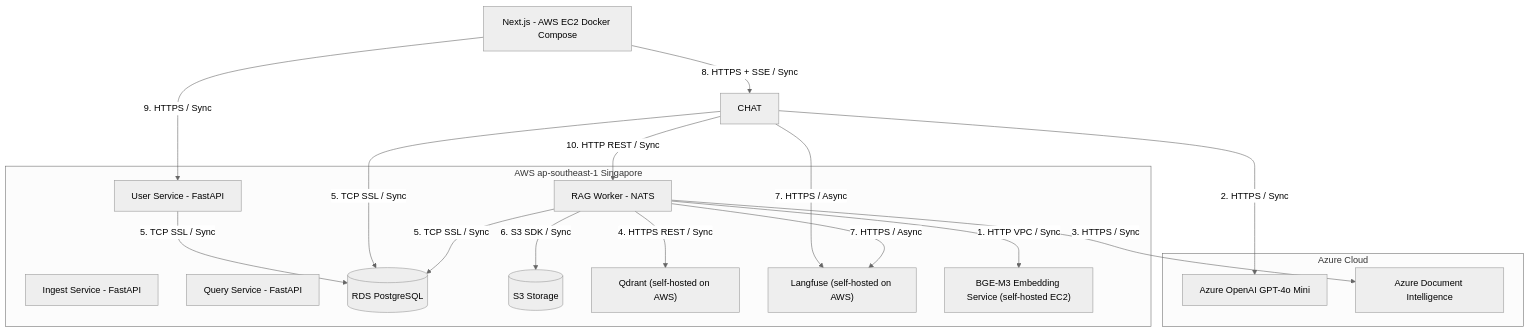
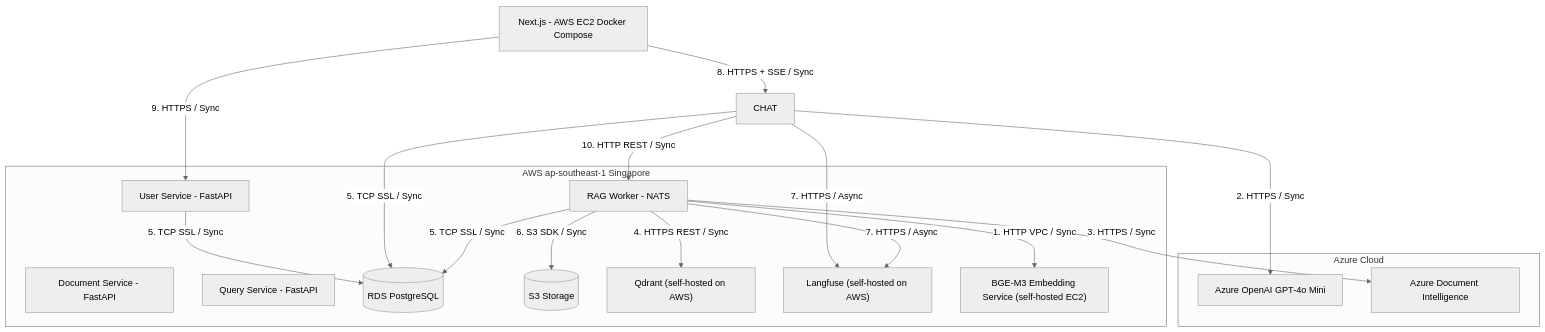
One commit to cds0987/DA08-VSF-AI changed the fourth of 6 diagrams in docs/SA_RAG_Chatbot_Final.md. Above: the diagram before and after it, drawn with Mermaid (neutral theme). The commit also changed other lines of this file and 5 other files, not shown here.

````diff
--- a/docs/SA_RAG_Chatbot_Final.md
+++ b/docs/SA_RAG_Chatbot_Final.md
@@ -408,35 +412,35 @@
 ```mermaid
 flowchart TB
     NEXTJS[Next.js - AWS EC2 Docker Compose]
 
     subgraph AWS[AWS ap-southeast-1 Singapore]
         USVC[User Service - FastAPI]
-        INGEST[Ingest Service - FastAPI]
+        INGEST[Document Service - FastAPI]
         QUERY[Query Service - FastAPI]
         RAG[RAG Worker - NATS]
         PG[(RDS PostgreSQL)]
         S3[(S3 Storage)]
         QDRANT["Qdrant (self-hosted on AWS)"]
         LF["Langfuse (self-hosted on AWS)"]
         BGE["BGE-M3 Embedding Service (self-hosted EC2)"]
     end
 
     subgraph AZURE[Azure Cloud]
         AOAI[Azure OpenAI GPT-4o Mini]
         ADI[Azure Document Intelligence]
     end
 
     NEXTJS -- "9. HTTPS / Sync" --> USVC
     NEXTJS -- "8. HTTPS + SSE / Sync" --> CHAT
     CHAT -- "10. HTTP REST / Sync" --> RAG
     USVC -- "5. TCP SSL / Sync" --> PG
     CHAT -- "5. TCP SSL / Sync" --> PG
     RAG -- "5. TCP SSL / Sync" --> PG
     CHAT -- "2. HTTPS / Sync" --> AOAI
     RAG -- "1. HTTP VPC / Sync" --> BGE
     RAG -- "3. HTTPS / Sync" --> ADI
     RAG -- "4. HTTPS REST / Sync" --> QDRANT
     RAG -- "6. S3 SDK / Sync" --> S3
     CHAT -- "7. HTTPS / Async" --> LF
     RAG -- "7. HTTPS / Async" --> LF
 ```
````
